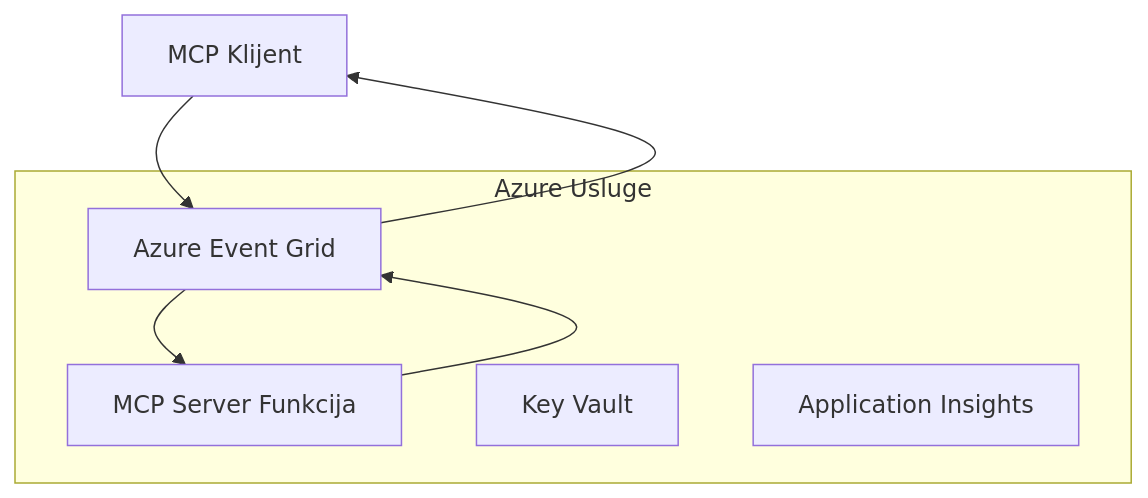
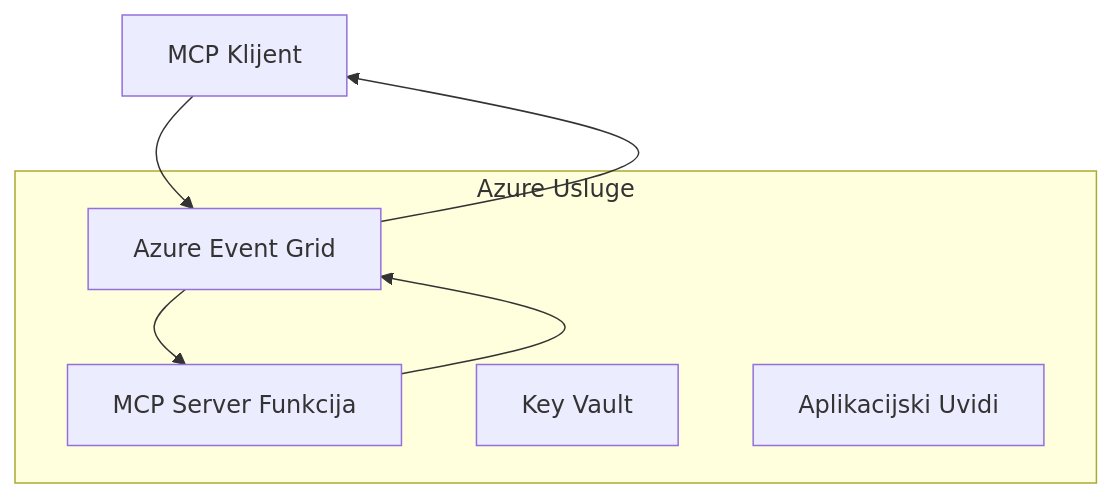
Before and after one commit to HIDORAKAI002/ai-workspace-archive: the first of 2 diagrams in mcp_ecosystem__model_context_protocol/mcp_learning_resources/mcp-for-beginners/translations/hr/05-AdvancedTopics/mcp-transport/README.md, drawn with Mermaid. The commit also changed other lines of this file and 1539 other files, not shown here.

````diff
--- a/mcp_ecosystem__model_context_protocol/mcp_learning_resources/mcp-for-beginners/translations/hr/05-AdvancedTopics/mcp-transport/README.md
+++ b/mcp_ecosystem__model_context_protocol/mcp_learning_resources/mcp-for-beginners/translations/hr/05-AdvancedTopics/mcp-transport/README.md
@@ -58,14 +58,14 @@
 ```mermaid
 graph TB
     Client[MCP Klijent] --> EG[Azure Event Grid]
     EG --> Server[MCP Server Funkcija]
     Server --> EG
     EG --> Client
     
     subgraph "Azure Usluge"
         EG
         Server
         KV[Key Vault]
-        Monitor[Application Insights]
+        Monitor[Aplikacijski Uvidi]
     end
 ```
````
